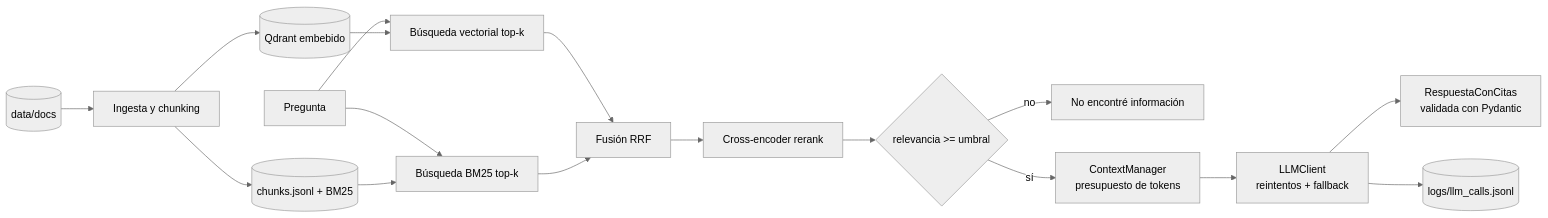
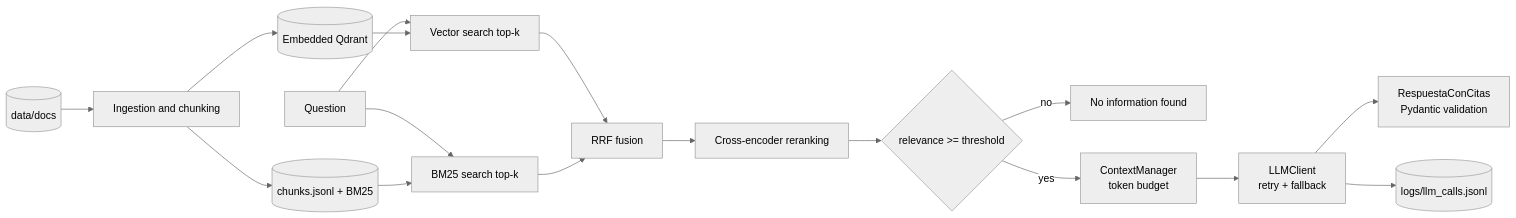
One commit to GeraGon98/hybrid-rag-pipeline changed the diagram in README.md. Above: the diagram before and after it, drawn with Mermaid (neutral theme). The commit also changed other lines of this file and 81 other files, not shown here.

````diff
--- a/README.md
+++ b/README.md
@@ -76,18 +69,18 @@
 ```mermaid
 flowchart LR
-    docs[("data/docs")] --> ingest["Ingesta y chunking"]
-    ingest --> vec[("Qdrant embebido")]
+    docs[("data/docs")] --> ingest["Ingestion and chunking"]
+    ingest --> vec[("Embedded Qdrant")]
     ingest --> bm25[("chunks.jsonl + BM25")]
-    query["Pregunta"] --> vecSearch["Búsqueda vectorial top-k"]
-    query --> lexSearch["Búsqueda BM25 top-k"]
+    query["Question"] --> vecSearch["Vector search top-k"]
+    query --> lexSearch["BM25 search top-k"]
     vec --> vecSearch
     bm25 --> lexSearch
-    vecSearch & lexSearch --> rrf["Fusión RRF"]
-    rrf --> rerank["Cross-encoder rerank"]
-    rerank --> gate{"relevancia >= umbral"}
-    gate -->|no| noInfo["No encontré información"]
-    gate -->|sí| ctx["ContextManager<br/>presupuesto de tokens"]
-    ctx --> llm["LLMClient<br/>reintentos + fallback"]
-    llm --> answer["RespuestaConCitas<br/>validada con Pydantic"]
+    vecSearch & lexSearch --> rrf["RRF fusion"]
+    rrf --> rerank["Cross-encoder reranking"]
+    rerank --> gate{"relevance >= threshold"}
+    gate -->|no| noInfo["No information found"]
+    gate -->|yes| ctx["ContextManager<br/>token budget"]
+    ctx --> llm["LLMClient<br/>retry + fallback"]
+    llm --> answer["RespuestaConCitas<br/>Pydantic validation"]
     llm --> logs[("logs/llm_calls.jsonl")]
 ```
````
